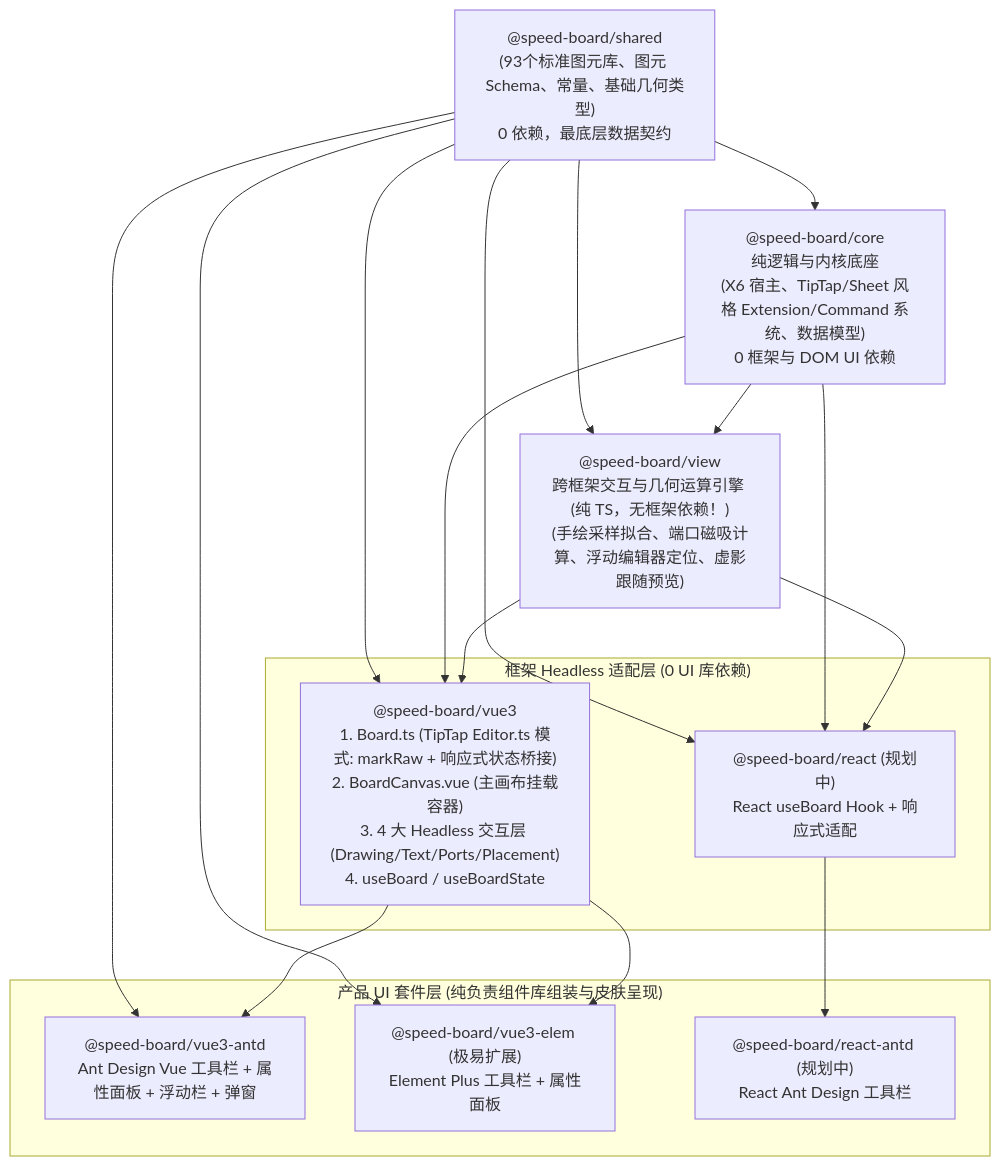
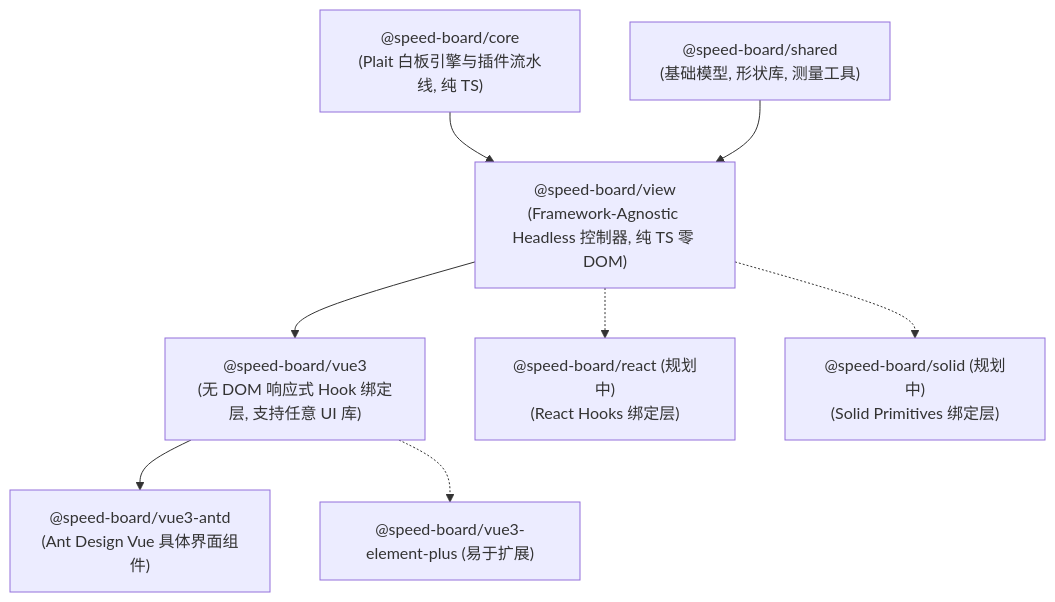
The diagram in ARCHITECTURE.md (whateveryoudo/speed-board), drawn with Mermaid before and after one commit. The commit also changed other lines of this file and 92 other files, not shown here.

First line of the commit message:
feat(architecture): complete multi-framework layered refactor, fix hit-testing bugs, and add migration docs

````diff
--- a/ARCHITECTURE.md
+++ b/ARCHITECTURE.md
@@ -53,34 +5,10 @@
 ```mermaid
-flowchart TD
-    Shared["@speed-board/shared\n(93个标准图元库、图元 Schema、常量、基础几何类型)\n0 依赖，最底层数据契约"]
-
-    Core["@speed-board/core\n纯逻辑与内核底座\n(X6 宿主、TipTap/Sheet 风格 Extension/Command 系统、数据模型)\n0 框架与 DOM UI 依赖"]
-
-    View["@speed-board/view\n跨框架交互与几何运算引擎 (纯 TS，无框架依赖！)\n(手绘采样拟合、端口磁吸计算、浮动编辑器定位、虚影跟随预览)"]
-
-    subgraph Framework_Layer ["框架 Headless 适配层 (0 UI 库依赖)"]
-        Vue3["@speed-board/vue3\n1. Board.ts (TipTap Editor.ts 模式: markRaw + 响应式状态桥接)\n2. BoardCanvas.vue (主画布挂载容器)\n3. 4 大 Headless 交互层 (Drawing/Text/Ports/Placement)\n4. useBoard / useBoardState"]
-        React["@speed-board/react (规划中)\nReact useBoard Hook + 响应式适配"]
-    end
-
-    subgraph UI_Layer ["产品 UI 套件层 (纯负责组件库组装与皮肤呈现)"]
-        Vue3Antd["@speed-board/vue3-antd\nAnt Design Vue 工具栏 + 属性面板 + 浮动栏 + 弹窗"]
-        Vue3Elem["@speed-board/vue3-elem (极易扩展)\nElement Plus 工具栏 + 属性面板"]
-        ReactAntd["@speed-board/react-antd (规划中)\nReact Ant Design 工具栏"]
-    end
-
-    Shared --> Core
-    Shared --> View
-    Shared --> Vue3
-    Shared --> Vue3Antd
-    Shared --> Vue3Elem
-    Shared --> React
-    Core --> View
-    Core --> Vue3
-    View --> Vue3
-    Core --> React
-    View --> React
-    Vue3 --> Vue3Antd
-    Vue3 --> Vue3Elem
-    React --> ReactAntd
+graph TD
+    A["@speed-board/core<br/>(Plait 白板引擎与插件流水线, 纯 TS)"] --> C["@speed-board/view<br/>(Framework-Agnostic Headless 控制器, 纯 TS 零 DOM)"]
+    B["@speed-board/shared<br/>(基础模型, 形状库, 测量工具)"] --> C
+    C --> D1["@speed-board/vue3<br/>(无 DOM 响应式 Hook 绑定层, 支持任意 UI 库)"]
+    C -.-> D2["@speed-board/react (规划中)<br/>(React Hooks 绑定层)"]
+    C -.-> D3["@speed-board/solid (规划中)<br/>(Solid Primitives 绑定层)"]
+    D1 --> E1["@speed-board/vue3-antd<br/>(Ant Design Vue 具体界面组件)"]
+    D1 -.-> E2["@speed-board/vue3-element-plus (易于扩展)"]
 ```
````
